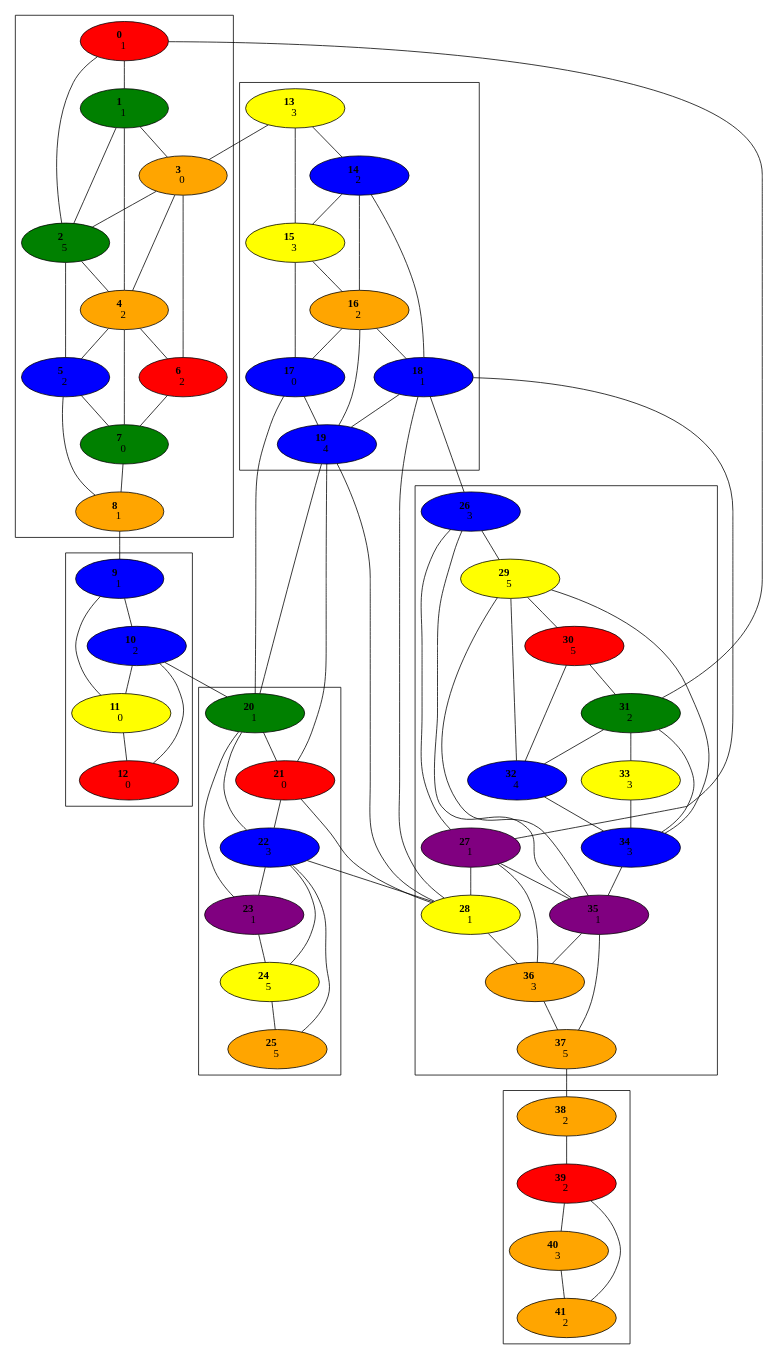
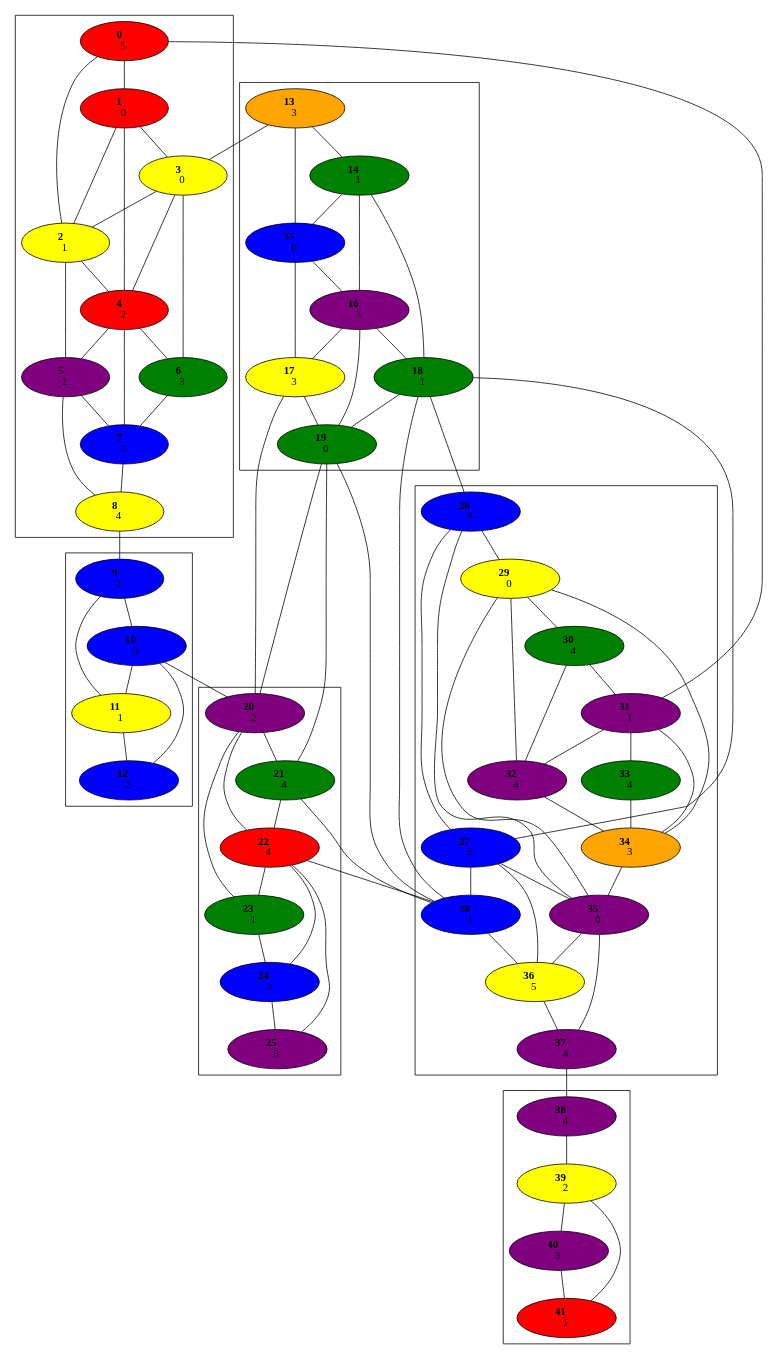
The diagram in Graph.gv (jsf2408/Risk), drawn with Graphviz before and after one commit. The commit also changed 1 other file, not shown here.

```diff
--- a/Graph.gv
+++ b/Graph.gv
@@ -137,87 +137,87 @@
 	39 -- 41
 	40 -- 41
 	0 [fillcolor=red style=filled]
-	1 [fillcolor=green style=filled]
-	2 [fillcolor=green style=filled]
-	3 [fillcolor=orange style=filled]
-	4 [fillcolor=orange style=filled]
-	5 [fillcolor=blue style=filled]
-	6 [fillcolor=red style=filled]
-	7 [fillcolor=green style=filled]
-	8 [fillcolor=orange style=filled]
+	1 [fillcolor=red style=filled]
+	2 [fillcolor=yellow style=filled]
+	3 [fillcolor=yellow style=filled]
+	4 [fillcolor=red style=filled]
+	5 [fillcolor=purple style=filled]
+	6 [fillcolor=green style=filled]
+	7 [fillcolor=blue style=filled]
+	8 [fillcolor=yellow style=filled]
 	9 [fillcolor=blue style=filled]
 	10 [fillcolor=blue style=filled]
 	11 [fillcolor=yellow style=filled]
-	12 [fillcolor=red style=filled]
-	13 [fillcolor=yellow style=filled]
-	14 [fillcolor=blue style=filled]
-	15 [fillcolor=yellow style=filled]
-	16 [fillcolor=orange style=filled]
-	17 [fillcolor=blue style=filled]
-	18 [fillcolor=blue style=filled]
-	19 [fillcolor=blue style=filled]
-	20 [fillcolor=green style=filled]
-	21 [fillcolor=red style=filled]
-	22 [fillcolor=blue style=filled]
-	23 [fillcolor=purple style=filled]
-	24 [fillcolor=yellow style=filled]
-	25 [fillcolor=orange style=filled]
+	12 [fillcolor=blue style=filled]
+	13 [fillcolor=orange style=filled]
+	14 [fillcolor=green style=filled]
+	15 [fillcolor=blue style=filled]
+	16 [fillcolor=purple style=filled]
+	17 [fillcolor=yellow style=filled]
+	18 [fillcolor=green style=filled]
+	19 [fillcolor=green style=filled]
+	20 [fillcolor=purple style=filled]
+	21 [fillcolor=green style=filled]
+	22 [fillcolor=red style=filled]
+	23 [fillcolor=green style=filled]
+	24 [fillcolor=blue style=filled]
+	25 [fillcolor=purple style=filled]
 	26 [fillcolor=blue style=filled]
-	27 [fillcolor=purple style=filled]
-	28 [fillcolor=yellow style=filled]
+	27 [fillcolor=blue style=filled]
+	28 [fillcolor=blue style=filled]
 	29 [fillcolor=yellow style=filled]
-	30 [fillcolor=red style=filled]
-	31 [fillcolor=green style=filled]
-	32 [fillcolor=blue style=filled]
-	33 [fillcolor=yellow style=filled]
-	34 [fillcolor=blue style=filled]
+	30 [fillcolor=green style=filled]
+	31 [fillcolor=purple style=filled]
+	32 [fillcolor=purple style=filled]
+	33 [fillcolor=green style=filled]
+	34 [fillcolor=orange style=filled]
 	35 [fillcolor=purple style=filled]
-	36 [fillcolor=orange style=filled]
-	37 [fillcolor=orange style=filled]
-	38 [fillcolor=orange style=filled]
-	39 [fillcolor=red style=filled]
-	40 [fillcolor=orange style=filled]
-	41 [fillcolor=orange style=filled]
-	0 [label=< <b>      0    </b> <br/>1>]
-	1 [label=< <b>      1    </b> <br/>1>]
-	2 [label=< <b>      2    </b> <br/>5>]
+	36 [fillcolor=yellow style=filled]
+	37 [fillcolor=purple style=filled]
+	38 [fillcolor=purple style=filled]
+	39 [fillcolor=yellow style=filled]
+	40 [fillcolor=purple style=filled]
+	41 [fillcolor=red style=filled]
+	0 [label=< <b>      0    </b> <br/>5>]
+	1 [label=< <b>      1    </b> <br/>0>]
+	2 [label=< <b>      2    </b> <br/>1>]
 	3 [label=< <b>      3    </b> <br/>0>]
 	4 [label=< <b>      4    </b> <br/>2>]
 	5 [label=< <b>      5    </b> <br/>2>]
-	6 [label=< <b>      6    </b> <br/>2>]
-	7 [label=< <b>      7    </b> <br/>0>]
-	8 [label=< <b>      8    </b> <br/>1>]
-	9 [label=< <b>      9    </b> <br/>1>]
-	10 [label=< <b>      10    </b> <br/>2>]
-	11 [label=< <b>      11    </b> <br/>0>]
-	12 [label=< <b>      12    </b> <br/>0>]
+	6 [label=< <b>      6    </b> <br/>3>]
+	7 [label=< <b>      7    </b> <br/>3>]
+	8 [label=< <b>      8    </b> <br/>4>]
+	9 [label=< <b>      9    </b> <br/>2>]
+	10 [label=< <b>      10    </b> <br/>3>]
+	11 [label=< <b>      11    </b> <br/>1>]
+	12 [label=< <b>      12    </b> <br/>2>]
 	13 [label=< <b>      13    </b> <br/>3>]
-	14 [label=< <b>      14    </b> <br/>2>]
-	15 [label=< <b>      15    </b> <br/>3>]
-	16 [label=< <b>      16    </b> <br/>2>]
-	17 [label=< <b>      17    </b> <br/>0>]
+	14 [label=< <b>      14    </b> <br/>1>]
+	15 [label=< <b>      15    </b> <br/>0>]
+	16 [label=< <b>      16    </b> <br/>3>]
+	17 [label=< <b>      17    </b> <br/>3>]
 	18 [label=< <b>      18    </b> <br/>1>]
-	19 [label=< <b>      19    </b> <br/>4>]
-	20 [label=< <b>      20    </b> <br/>1>]
-	21 [label=< <b>      21    </b> <br/>0>]
-	22 [label=< <b>      22    </b> <br/>3>]
+	19 [label=< <b>      19    </b> <br/>0>]
+	20 [label=< <b>      20    </b> <br/>2>]
+	21 [label=< <b>      21    </b> <br/>4>]
+	22 [label=< <b>      22    </b> <br/>4>]
 	23 [label=< <b>      23    </b> <br/>1>]
-	24 [label=< <b>      24    </b> <br/>5>]
+	24 [label=< <b>      24    </b> <br/>3>]
 	25 [label=< <b>      25    </b> <br/>5>]
-	26 [label=< <b>      26    </b> <br/>3>]
-	27 [label=< <b>      27    </b> <br/>1>]
+	26 [label=< <b>      26    </b> <br/>4>]
+	27 [label=< <b>      27    </b> <br/>5>]
 	28 [label=< <b>      28    </b> <br/>1>]
-	29 [label=< <b>      29    </b> <br/>5>]
-	30 [label=< <b>      30    </b> <br/>5>]
-	31 [label=< <b>      31    </b> <br/>2>]
+	29 [label=< <b>      29    </b> <br/>0>]
+	30 [label=< <b>      30    </b> <br/>4>]
+	31 [label=< <b>      31    </b> <br/>1>]
 	32 [label=< <b>      32    </b> <br/>4>]
-	33 [label=< <b>      33    </b> <br/>3>]
+	33 [label=< <b>      33    </b> <br/>4>]
 	34 [label=< <b>      34    </b> <br/>3>]
-	35 [label=< <b>      35    </b> <br/>1>]
-	36 [label=< <b>      36    </b> <br/>3>]
-	37 [label=< <b>      37    </b> <br/>5>]
-	38 [label=< <b>      38    </b> <br/>2>]
+	35 [label=< <b>      35    </b> <br/>0>]
+	36 [label=< <b>      36    </b> <br/>5>]
+	37 [label=< <b>      37    </b> <br/>4>]
+	38 [label=< <b>      38    </b> <br/>4>]
 	39 [label=< <b>      39    </b> <br/>2>]
 	40 [label=< <b>      40    </b> <br/>3>]
-	41 [label=< <b>      41    </b> <br/>2>]
+	41 [label=< <b>      41    </b> <br/>1>]
 }
```
